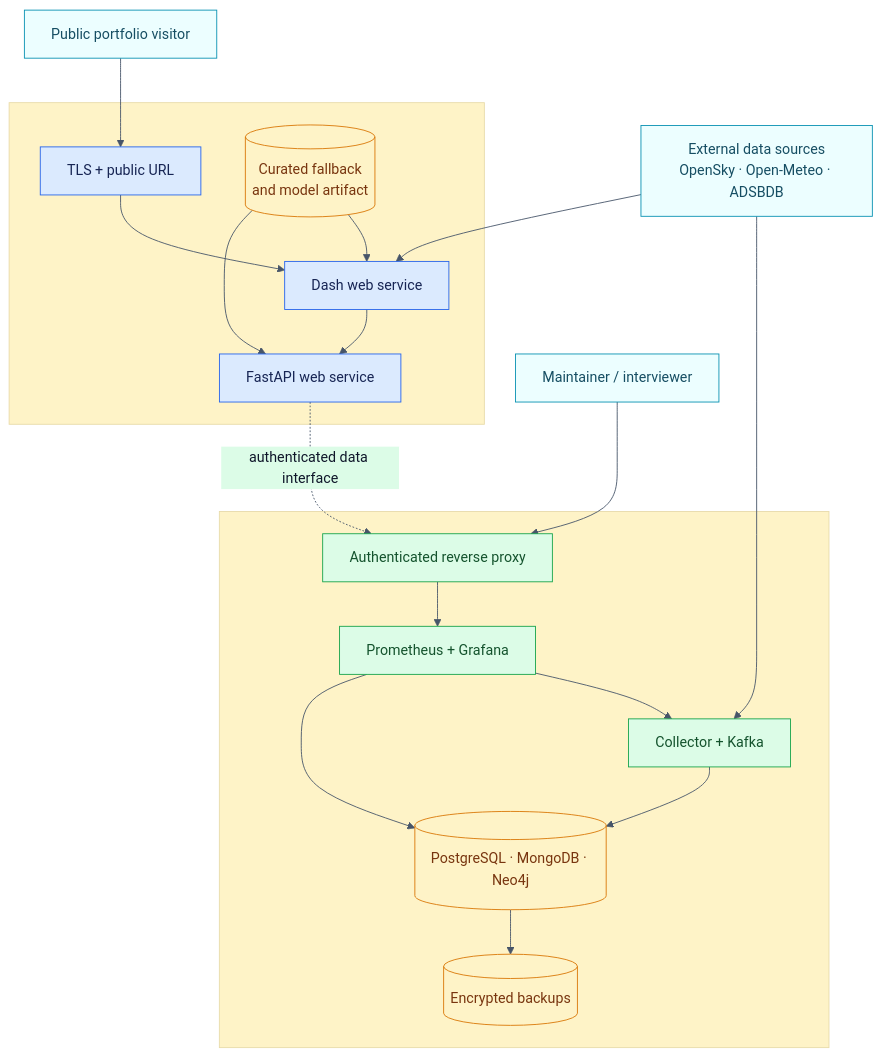
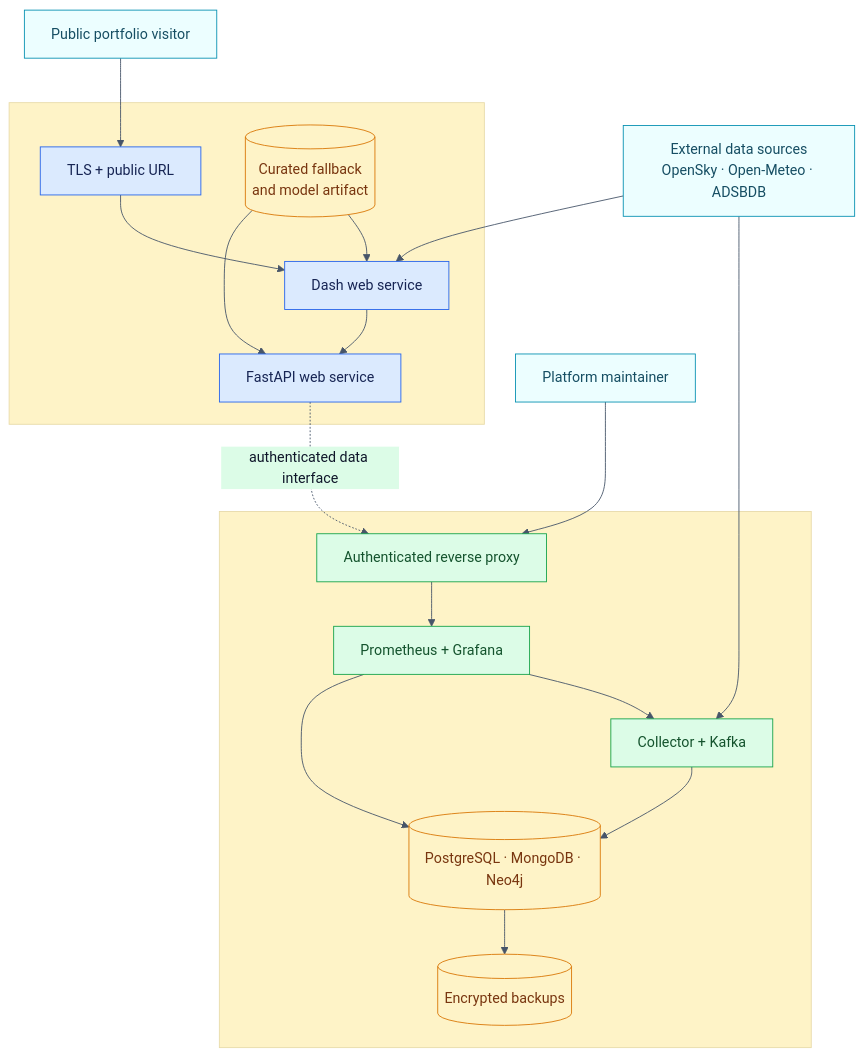
Before and after one commit to HassanSalamB/dst-airlines: the diagram in docs/architecture/04-deployment-topology.mmd, drawn with Mermaid. The commit also changed 8 other files, not shown here.

```diff
--- a/docs/architecture/04-deployment-topology.mmd
+++ b/docs/architecture/04-deployment-topology.mmd
@@ -1,43 +1,43 @@
 %%{init: {"theme":"base", "themeVariables":{"background":"#f8fafc","primaryColor":"#dbeafe","primaryTextColor":"#0f172a","primaryBorderColor":"#2563eb","lineColor":"#475569","secondaryColor":"#dcfce7","tertiaryColor":"#fef3c7","fontFamily":"Inter, Arial, sans-serif"}}}%%
 flowchart TB
     visitor["Public portfolio visitor"]
-    maintainer["Maintainer / interviewer"]
+    maintainer["Platform maintainer"]
     internet["External data sources<br/>OpenSky · Open-Meteo · ADSBDB"]
 
     subgraph render[" "]
         proxy["TLS + public URL"]
         dash["Dash web service"]
         api["FastAPI web service"]
         snapshot[("Curated fallback<br/>and model artifact")]
         proxy --> dash --> api
         snapshot --> dash
         snapshot --> api
     end
 
     subgraph proxmox[" "]
         gateway["Authenticated reverse proxy"]
         collector["Collector + Kafka"]
         stores[("PostgreSQL · MongoDB · Neo4j")]
         observe["Prometheus + Grafana"]
         backups[("Encrypted backups")]
         collector --> stores
         stores --> backups
         observe --> collector
         observe --> stores
         gateway --> observe
     end
 
     visitor --> proxy
     maintainer --> gateway
     internet --> collector
     internet --> dash
     api -.->|"authenticated data interface"| gateway
 
     classDef person fill:#ecfeff,stroke:#0891b2,color:#164e63;
     classDef public fill:#dbeafe,stroke:#2563eb,color:#172554;
     classDef private fill:#dcfce7,stroke:#16a34a,color:#14532d;
     classDef store fill:#fef3c7,stroke:#d97706,color:#78350f;
     class visitor,maintainer,internet person;
     class proxy,dash,api public;
     class gateway,collector,observe private;
     class snapshot,stores,backups store;
```
